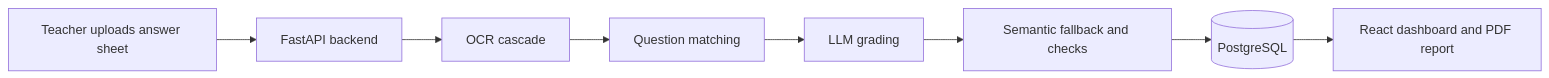
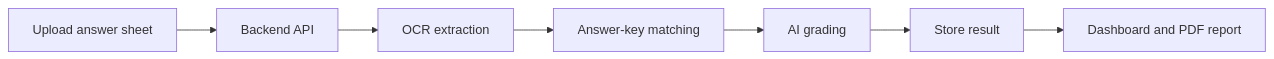
One commit to IrshadAliKhan91/ai-assisted-paper-grading-system changed the diagram in README.md. Above: the diagram before and after it, drawn with Mermaid.

Commit message:
Fix GitHub Mermaid workflow diagram

````diff
--- a/README.md
+++ b/README.md
@@ -24,10 +24,9 @@
 ```mermaid
 flowchart LR
-    A[Teacher uploads answer sheet] --> B[FastAPI backend]
-    B --> C[OCR cascade]
-    C --> D[Question matching]
-    D --> E[LLM grading]
-    E --> F[Semantic fallback and checks]
-    F --> G[(PostgreSQL)]
-    G --> H[React dashboard and PDF report]
+    A[Upload answer sheet] --> B[Backend API]
+    B --> C[OCR extraction]
+    C --> D[Answer-key matching]
+    D --> E[AI grading]
+    E --> F[Store result]
+    F --> G[Dashboard and PDF report]
 ```
````
